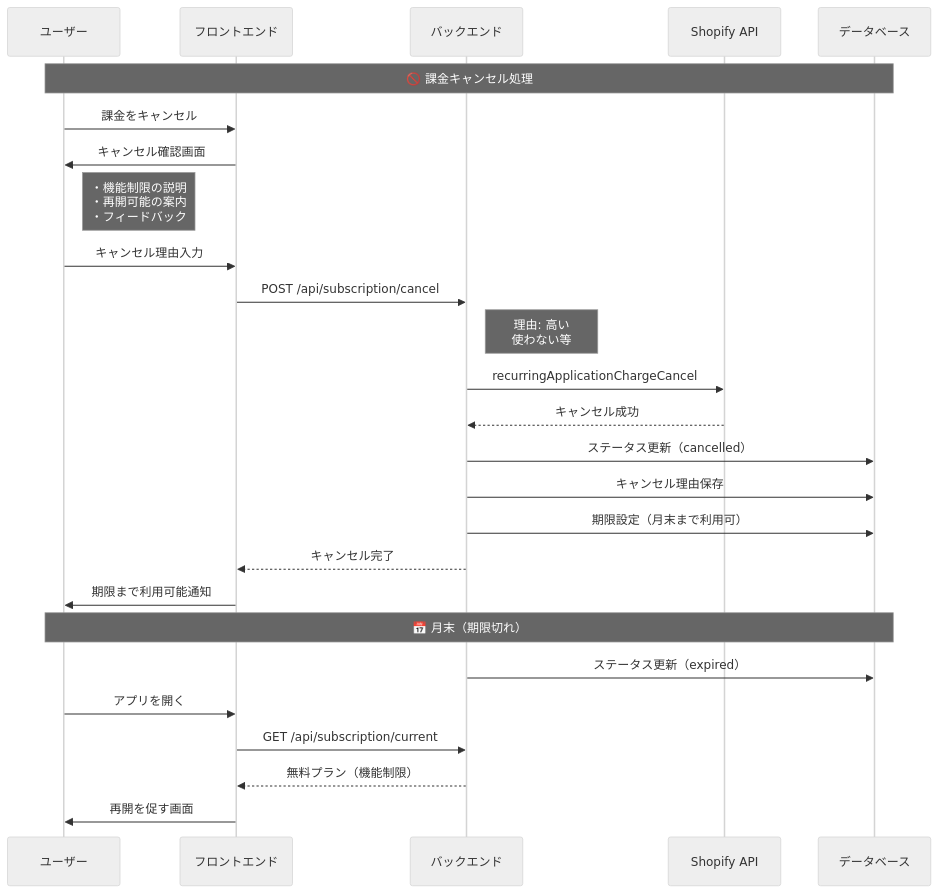
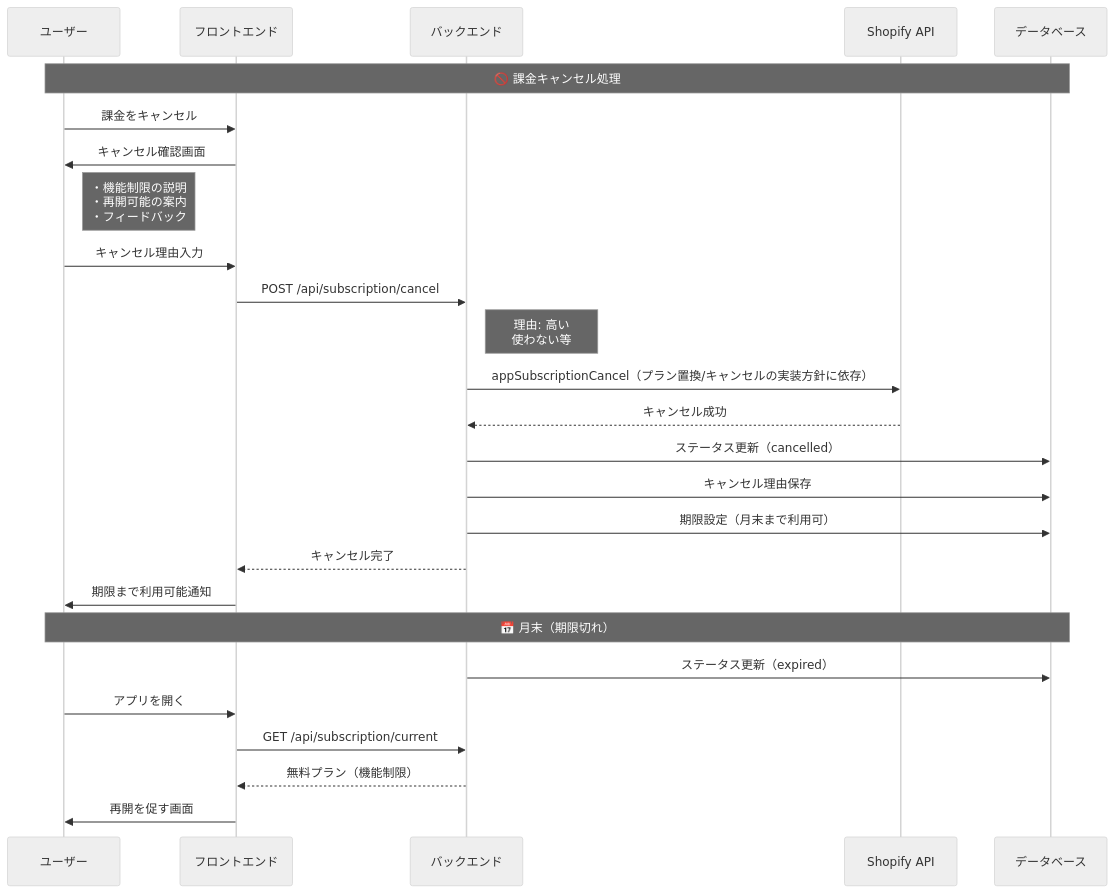
Before and after one commit to sideworks-fuk/shopify-ai-marketing-suite: the fifth of 10 diagrams in docs/06-shopify/02-課金システム/02-技術仕様/フロー図解.md, drawn with Mermaid (neutral theme). The commit also changed other lines of this file and 47 other files, not shown here.

````diff
--- a/docs/06-shopify/02-課金システム/02-技術仕様/フロー図解.md
+++ b/docs/06-shopify/02-課金システム/02-技術仕様/フロー図解.md
@@ -184,36 +184,36 @@
 ```mermaid
 sequenceDiagram
     participant U as ユーザー
     participant F as フロントエンド
     participant B as バックエンド
     participant S as Shopify API
     participant D as データベース
     
     Note over U,D: 🚫 課金キャンセル処理
     
     U->>F: 課金をキャンセル
     F->>U: キャンセル確認画面
     Note right of U: ・機能制限の説明<br/>・再開可能の案内<br/>・フィードバック
     
     U->>F: キャンセル理由入力
     F->>B: POST /api/subscription/cancel
     Note right of B: 理由: 高い<br/>使わない等
     
-    B->>S: recurringApplicationChargeCancel
+    B->>S: appSubscriptionCancel（プラン置換/キャンセルの実装方針に依存）
     S-->>B: キャンセル成功
     
     B->>D: ステータス更新（cancelled）
     B->>D: キャンセル理由保存
     B->>D: 期限設定（月末まで利用可）
     
     B-->>F: キャンセル完了
     F->>U: 期限まで利用可能通知
     
     Note over U,D: 📅 月末（期限切れ）
     
     B->>D: ステータス更新（expired）
     U->>F: アプリを開く
     F->>B: GET /api/subscription/current
     B-->>F: 無料プラン（機能制限）
     F->>U: 再開を促す画面
 ```
````
